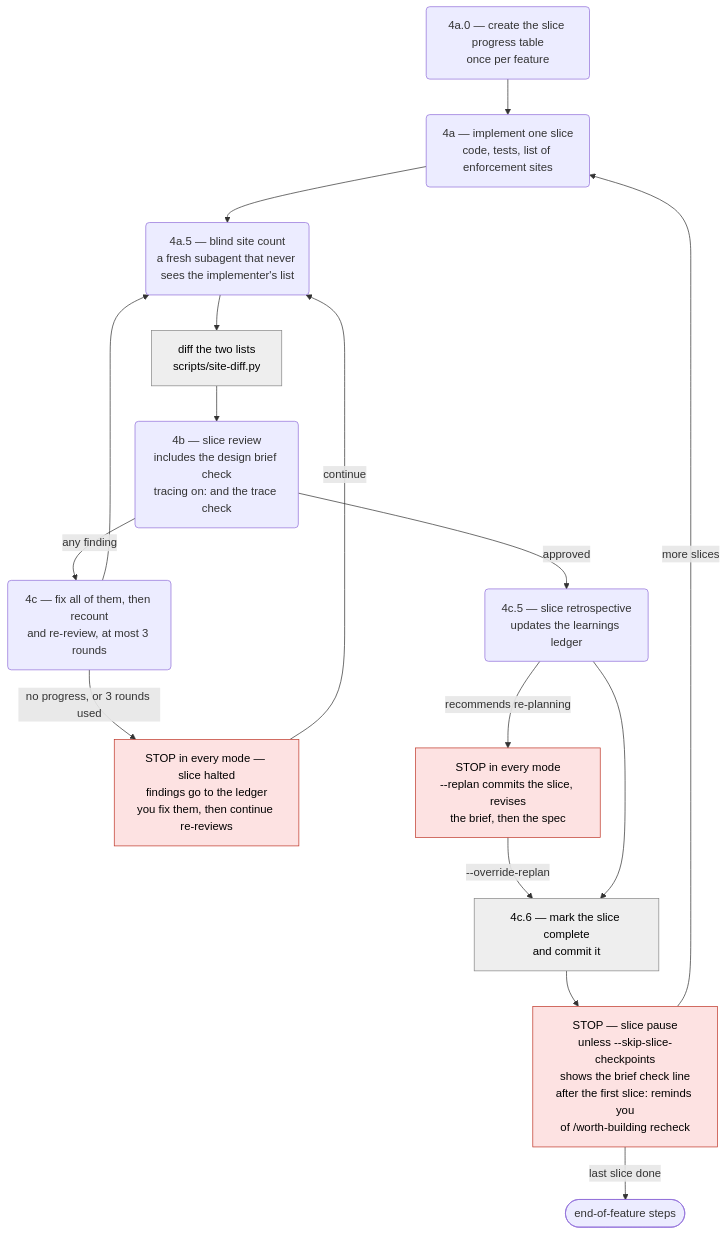
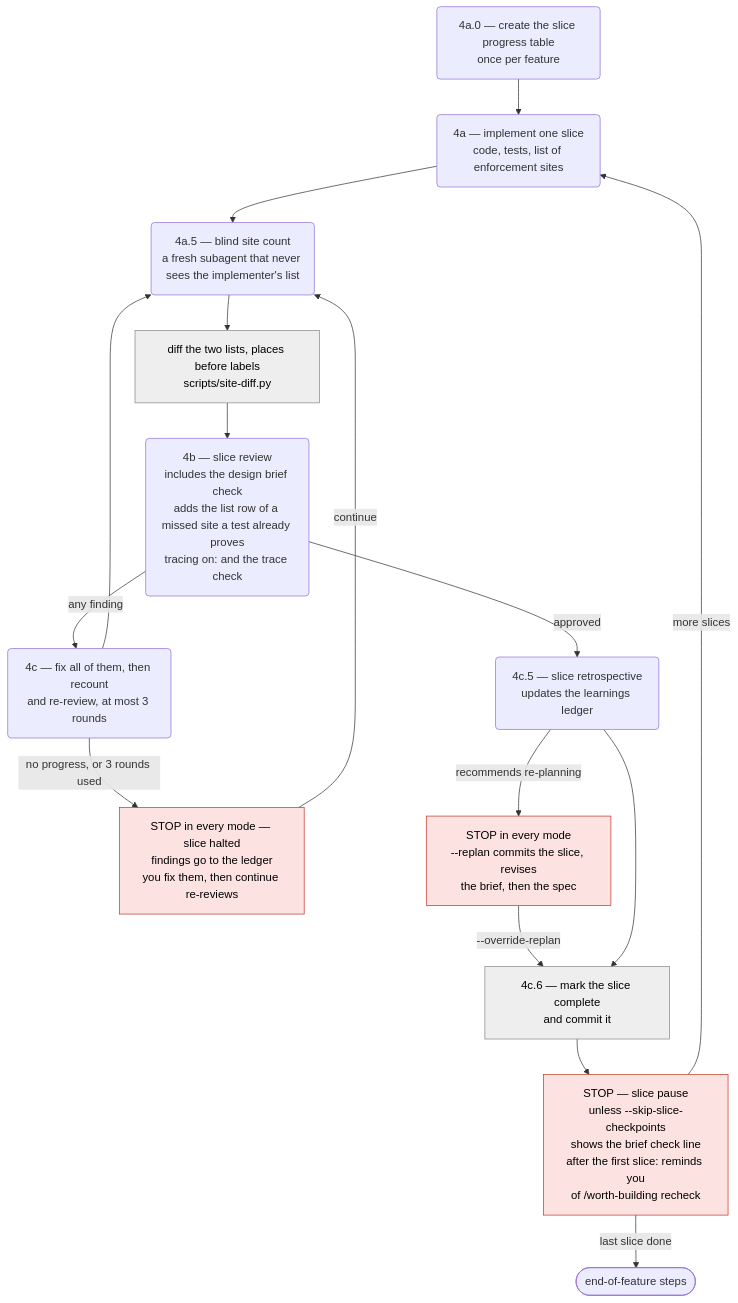
The third of 4 diagrams in agent-engineering/docs/sdd-flow-diagram.md (pablooliva/claude-plugins), drawn with Mermaid before and after one commit. The commit also changed other lines of this file and 27 other files, not shown here.

````diff
--- a/agent-engineering/docs/sdd-flow-diagram.md
+++ b/agent-engineering/docs/sdd-flow-diagram.md
@@ -93,21 +93,21 @@
 ```mermaid
 flowchart TD
     scaffold("4a.0 — create the slice progress table<br/>once per feature") --> impl("4a — implement one slice<br/>code, tests, list of enforcement sites")
     impl --> count("4a.5 — blind site count<br/>a fresh subagent that never sees the implementer's list")
-    count --> diff["diff the two lists<br/>scripts/site-diff.py"]:::orch
-    diff --> review("4b — slice review<br/>includes the design brief check<br/>tracing on: and the trace check")
+    count --> diff["diff the two lists, places before labels<br/>scripts/site-diff.py"]:::orch
+    diff --> review("4b — slice review<br/>includes the design brief check<br/>adds the list row of a missed site a test already proves<br/>tracing on: and the trace check")
     review -- "any finding" --> fix("4c — fix all of them, then recount<br/>and re-review, at most 3 rounds")
     fix --> count
     fix -- "no progress, or 3 rounds used" --> halt["STOP in every mode — slice halted<br/>findings go to the ledger<br/>you fix them, then continue re-reviews"]:::stop
     halt -- "continue" --> count
     review -- "approved" --> retro("4c.5 — slice retrospective<br/>updates the learnings ledger")
     retro -- "recommends re-planning" --> replan["STOP in every mode<br/>--replan commits the slice, revises<br/>the brief, then the spec"]:::stop
     replan -- "--override-replan" --> commit
     retro --> commit["4c.6 — mark the slice complete<br/>and commit it"]:::orch
     commit --> pause["STOP — slice pause<br/>unless --skip-slice-checkpoints<br/>shows the brief check line<br/>after the first slice: reminds you<br/>of /worth-building recheck"]:::stop
     pause -- "more slices" --> impl
     pause -- "last slice done" --> eof(["end-of-feature steps"])
 
     classDef stop fill:#fde2e2,stroke:#c0392b,color:#000
     classDef orch fill:#eeeeee,stroke:#888888,color:#000
 ```
````
